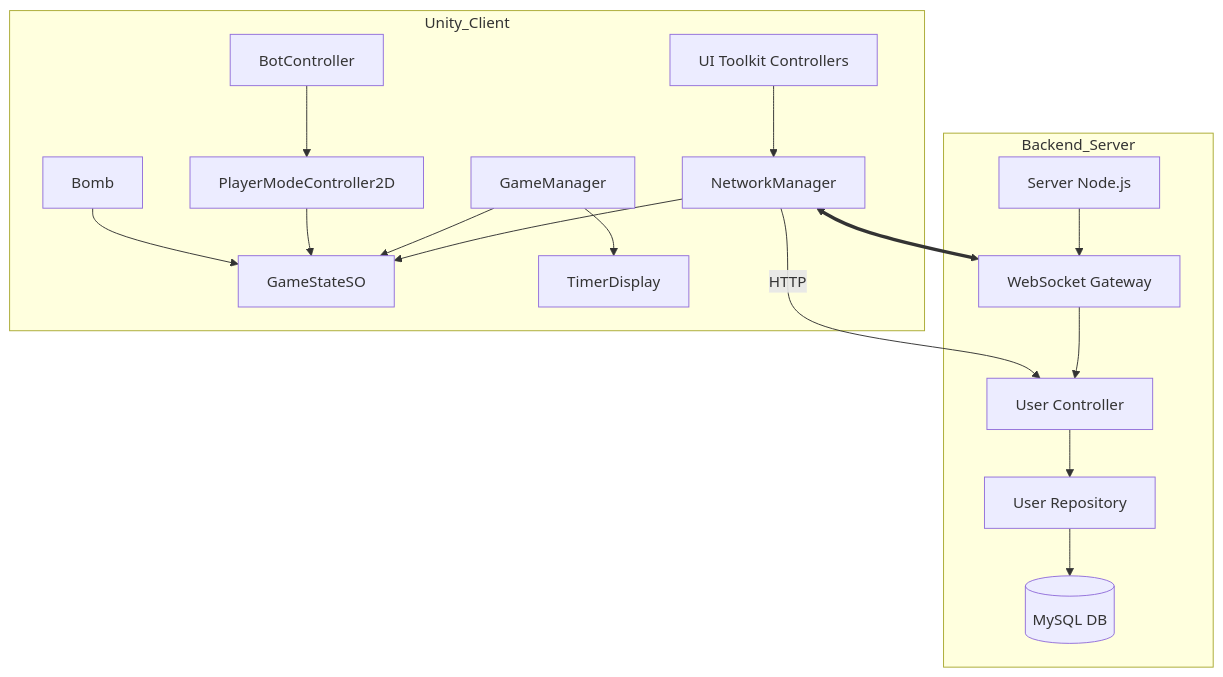
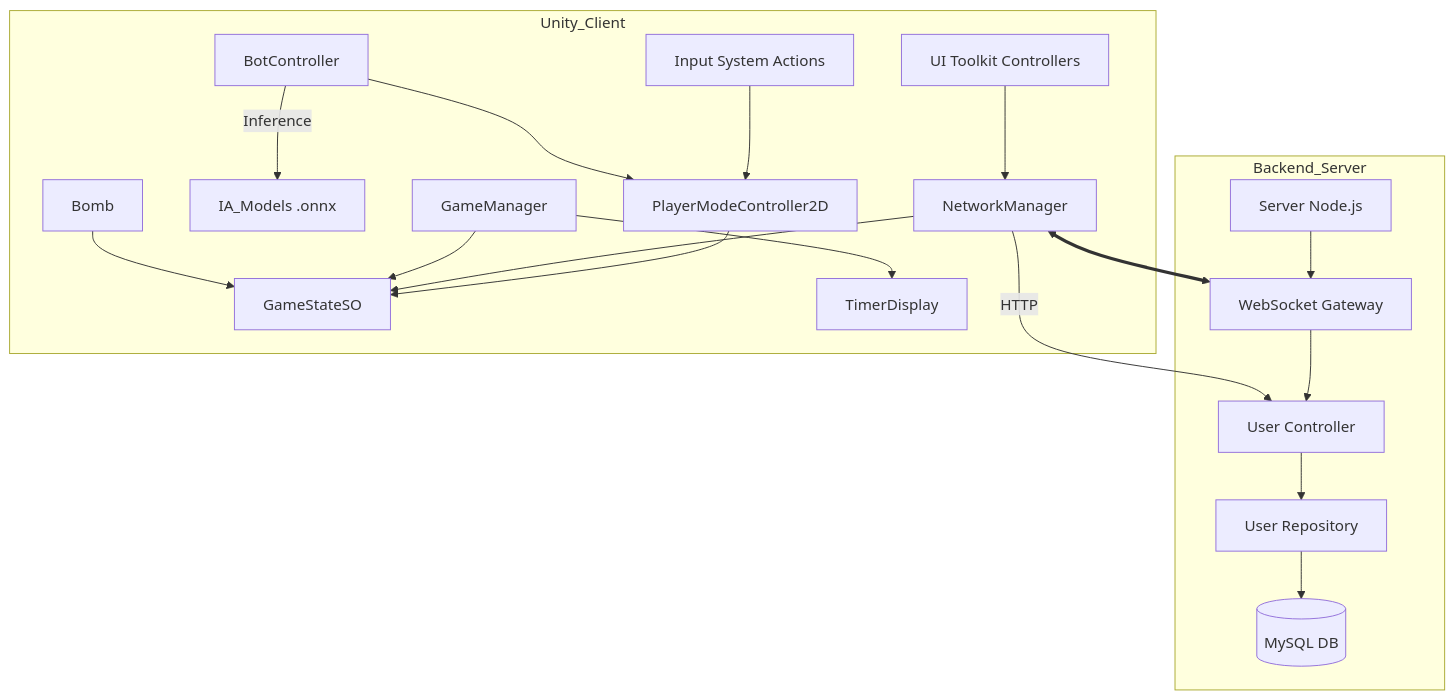
Before and after one commit to inspedralbes/tr3-joc-tr-3joc_kimgalicio: the diagram in doc/context/06_SYSTEM_MAP.md, drawn with Mermaid. The commit also changed 8 other files, not shown here.

Commit message:
docs: initialize project documentation, architecture, and system specifications

````diff
--- a/doc/context/06_SYSTEM_MAP.md
+++ b/doc/context/06_SYSTEM_MAP.md
@@ -5,25 +5,27 @@
 ```mermaid
 graph TD
     %% Client Unity
     subgraph Unity_Client
-        NM[NetworkManager] --> GSO[GameStateSO]
+        ISA[Input System Actions] --> PC[PlayerModeController2D]
+        BC[BotController] --> PC
+        BC -- Inference --> IM[IA_Models .onnx]
+        PC --> GSO[GameStateSO]
+        NM[NetworkManager] --> GSO
         GM[GameManager] --> GSO
         GM --> TD[TimerDisplay]
-        PC[PlayerModeController2D] --> GSO
-        BC[BotController] --> PC
         B[Bomb] --> GSO
         UI[UI Toolkit Controllers] --> NM
     end
 
     %% Backend
     subgraph Backend_Server
         S[Server Node.js] --> WS[WebSocket Gateway]
         WS --> UC[User Controller]
         UC --> UR[User Repository]
         UR --> DB[(MySQL DB)]
     end
 
     %% Connexions
     NM <==> WS
     NM -- HTTP --> UC
 ```
````
